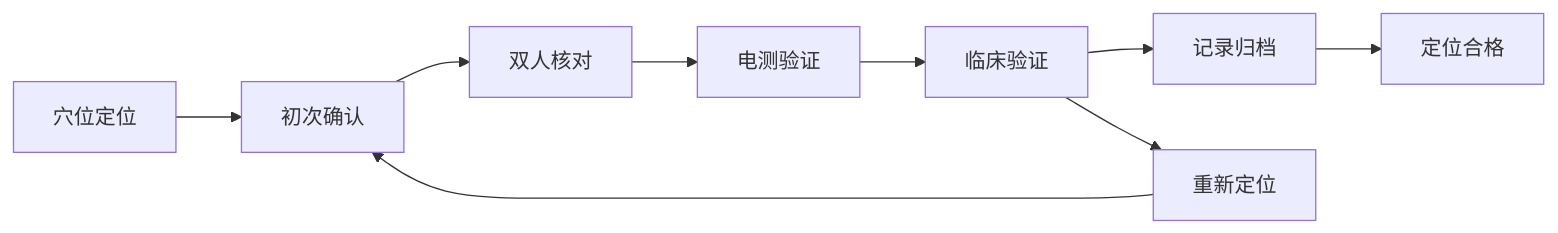
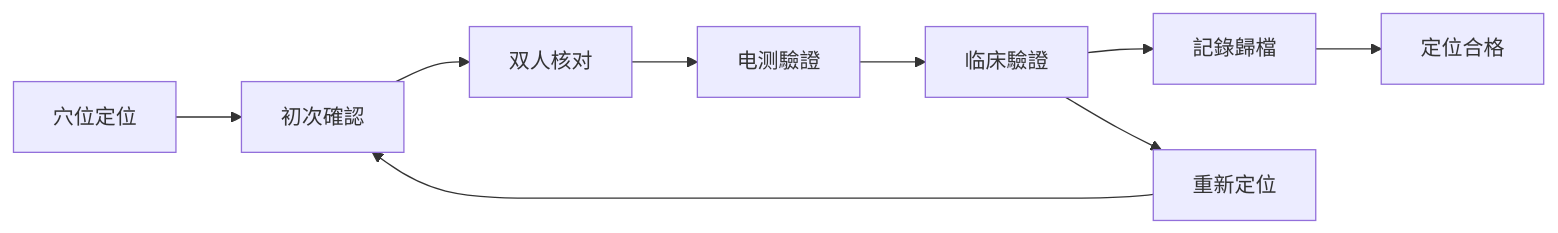
One commit to kmjade/knowledge-value changed the second of 7 diagrams in 3 Resources/01-Tech/🏥 专业知识/耳穴知识库/08_实践指南/质量控制体系.md. Above: the diagram before and after it, drawn with Mermaid. The commit also changed other lines of this file and 653 other files, not shown here.

````diff
--- a/3 Resources/01-Tech/🏥 专业知识/耳穴知识库/08_实践指南/质量控制体系.md
+++ b/3 Resources/01-Tech/🏥 专业知识/耳穴知识库/08_实践指南/质量控制体系.md
@@ -50,12 +50,12 @@
 ```mermaid
 graph LR
-    A[穴位定位] --> B[初次确认]
+    A[穴位定位] --> B[初次確認]
     B --> C[双人核对]
-    C --> D[电测验证]
-    D --> E[临床验证]
-    E --> F[记录归档]
+    C --> D[电测驗證]
+    D --> E[临床驗證]
+    E --> F[記錄歸檔]
     
     F --> G[定位合格]
     E --> H[重新定位]
     H --> B
 ```
````
